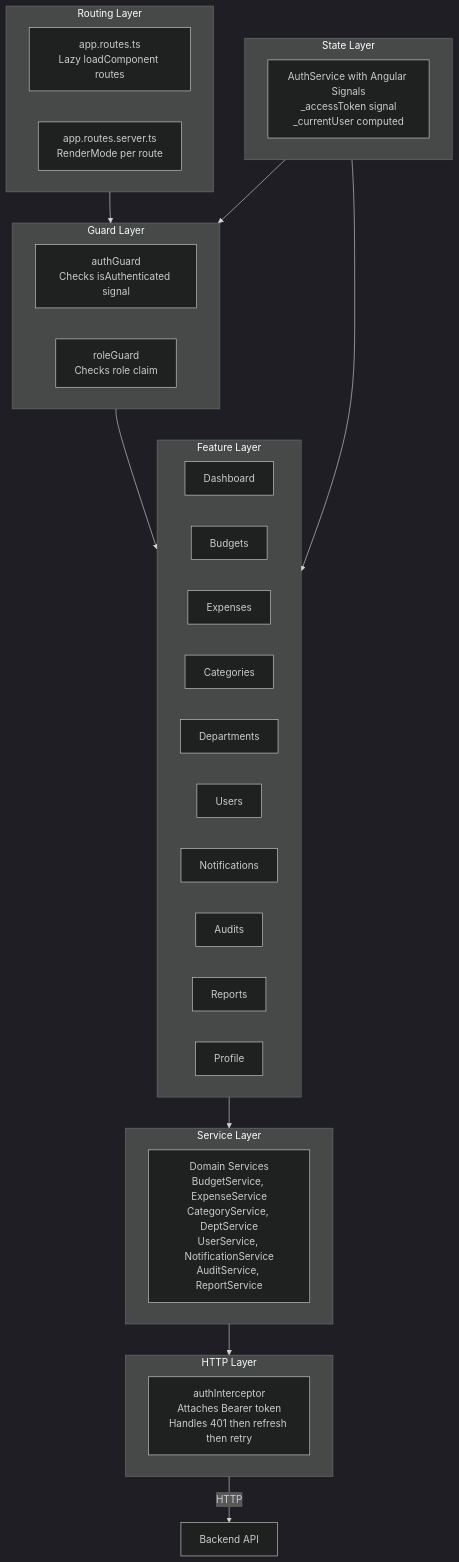
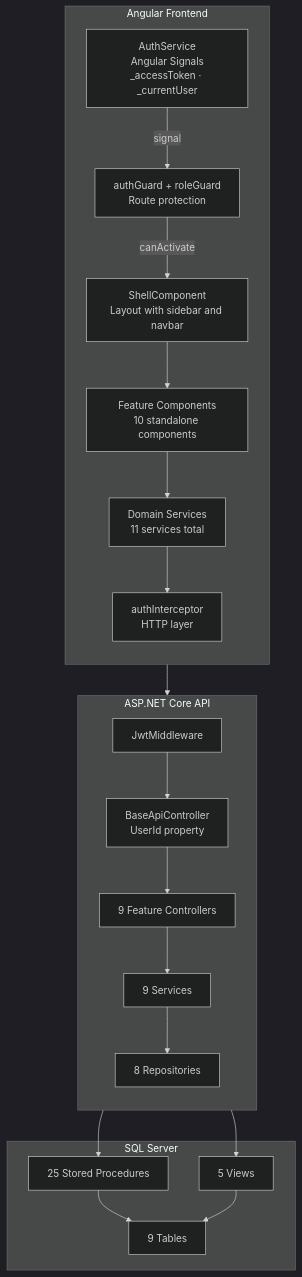
The third of 3 diagrams in Documentation/hld.md (Dharunkumar-S/BudgetTrack), drawn with Mermaid (dark theme) before and after one commit. The commit also changed other lines of this file and 1 other file, not shown here.

````diff
--- a/Documentation/hld.md
+++ b/Documentation/hld.md
@@ -549,44 +509,40 @@
 ```mermaid
 flowchart TB
-    subgraph Routing["Routing Layer"]
-        ROUTES["app.routes.ts\nLazy loadComponent routes"]
-        SSG["app.routes.server.ts\nRenderMode per route"]
+    subgraph FE["Angular Frontend"]
+        direction TB
+        GRD["authGuard + roleGuard\nRoute protection"]
+        SHELL["ShellComponent\nLayout with sidebar and navbar"]
+        FEAT["Feature Components\n10 standalone components"]
+        SVC_FE["Domain Services\n11 services total"]
+        INT["authInterceptor\nHTTP layer"]
+        AS["AuthService\nAngular Signals\n_accessToken · _currentUser"]
     end
 
-    subgraph Guards["Guard Layer"]
-        AG["authGuard\nChecks isAuthenticated signal"]
-        RG["roleGuard\nChecks role claim"]
+    subgraph BE["ASP.NET Core API"]
+        direction TB
+        MW["JwtMiddleware"]
+        BASE["BaseApiController\nUserId property"]
+        CTRL["9 Feature Controllers"]
+        SVC_BE["9 Services"]
+        REPO["8 Repositories"]
     end
 
-    subgraph Interceptor["HTTP Layer"]
-        AI["authInterceptor\nAttaches Bearer token\nHandles 401 then refresh then retry"]
+    subgraph SQL["SQL Server"]
+        SPS["25 Stored Procedures"]
+        VWS["5 Views"]
+        TBL["9 Tables"]
     end
 
-    subgraph State["State Layer"]
-        AS["AuthService with Angular Signals\n_accessToken signal\n_currentUser computed"]
-    end
-
-    subgraph Features["Feature Layer"]
-        F1["Dashboard"]
-        F2["Budgets"]
-        F3["Expenses"]
-        F4["Categories"]
-        F5["Departments"]
-        F6["Users"]
-        F7["Notifications"]
-        F8["Audits"]
-        F9["Reports"]
-        F10["Profile"]
-    end
-
-    subgraph Services["Service Layer"]
-        DS["Domain Services\nBudgetService, ExpenseService\nCategoryService, DeptService\nUserService, NotificationService\nAuditService, ReportService"]
-    end
-
-    Routing --> Guards --> Features
-    Features --> Services
-    Services --> Interceptor
-    Interceptor -->|"HTTP"| BE["Backend API"]
-    State --> Guards
-    State --> Features
+    GRD -->|"canActivate"| SHELL
+    AS -->|"signal"| GRD
+    SHELL --> FEAT
+    FEAT --> SVC_FE
+    SVC_FE --> INT
+    INT --> MW
+    MW --> BASE
+    BASE --> CTRL
+    CTRL --> SVC_BE
+    SVC_BE --> REPO
+    REPO --> SPS --> TBL
+    REPO --> VWS --> TBL
 ```
````
